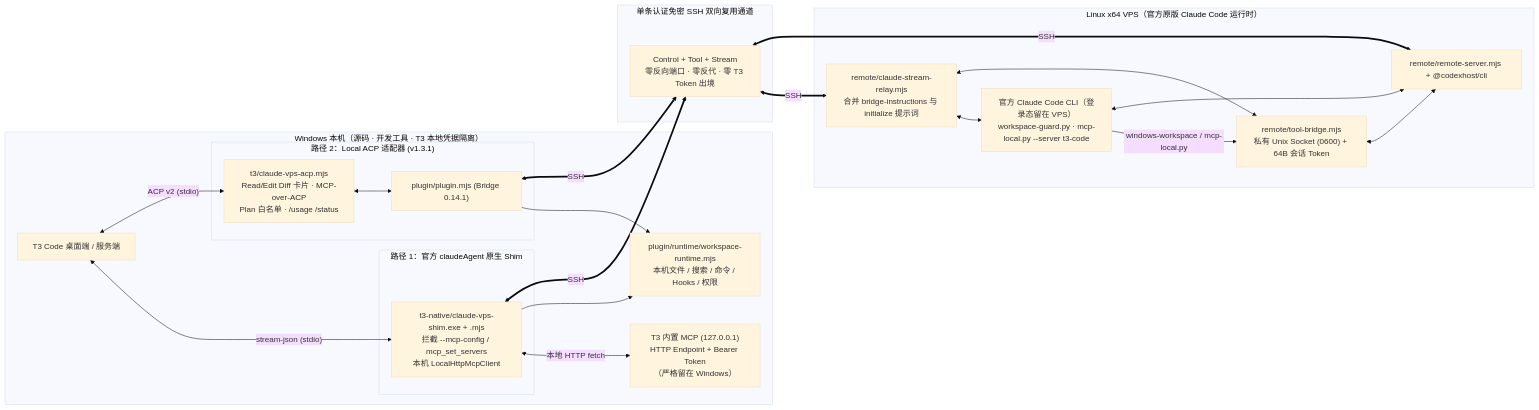
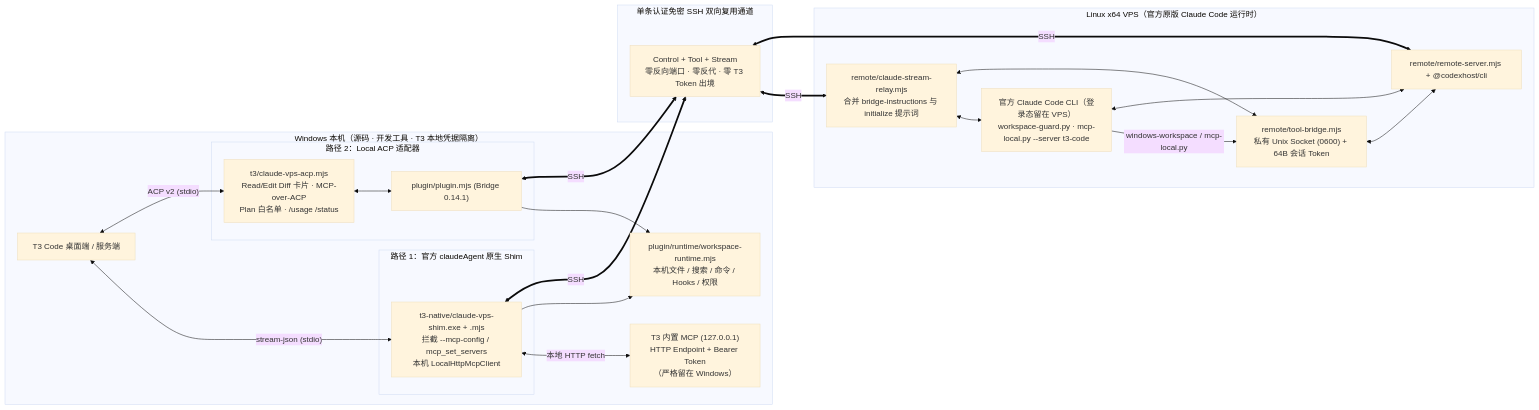
One commit to Barometer-2002/claude-vps-bridge changed the diagram in docs/T3CODE.md. Above: the diagram before and after it, drawn with Mermaid (base theme). The commit also changed other lines of this file and 17 other files, not shown here.

````diff
--- a/docs/T3CODE.md
+++ b/docs/T3CODE.md
@@ -32,47 +32,47 @@
 ```mermaid
 flowchart LR
     subgraph WIN["Windows 本机（源码 · 开发工具 · T3 本地凭据隔离）"]
         T3["T3 Code 桌面端 / 服务端"]
         T3MCP["T3 内置 MCP (127.0.0.1)<br/>HTTP Endpoint + Bearer Token<br/>（严格留在 Windows）"]
 
         subgraph NATIVE["路径 1：官方 claudeAgent 原生 Shim"]
             SHIM["t3-native/claude-vps-shim.exe + .mjs<br/>拦截 --mcp-config / mcp_set_servers<br/>本机 LocalHttpMcpClient"]
         end
 
-        subgraph ACP["路径 2：Local ACP 适配器 (v1.3.1)"]
+        subgraph ACP["路径 2：Local ACP 适配器"]
             ACPA["t3/claude-vps-acp.mjs<br/>Read/Edit Diff 卡片 · MCP-over-ACP<br/>Plan 白名单 · /usage /status"]
             PLUG["plugin/plugin.mjs (Bridge 0.14.1)"]
             ACPA <--> PLUG
         end
 
         WR["plugin/runtime/workspace-runtime.mjs<br/>本机文件 / 搜索 / 命令 / Hooks / 权限"]
 
         T3 <-->|"stream-json (stdio)"| SHIM
         T3 <-->|"ACP v2 (stdio)"| ACPA
         SHIM <-->|"本地 HTTP fetch"| T3MCP
         SHIM --> WR
         PLUG --> WR
     end
 
     subgraph SSH["单条认证免密 SSH 双向复用通道"]
         TUN["Control + Tool + Stream<br/>零反向端口 · 零反代 · 零 T3 Token 出境"]
     end
 
     subgraph VPS["Linux x64 VPS（官方原版 Claude Code 运行时）"]
         RELAY["remote/claude-stream-relay.mjs<br/>合并 bridge-instructions 与 initialize 提示词"]
         RS["remote/remote-server.mjs + @codexhost/cli"]
         TB["remote/tool-bridge.mjs<br/>私有 Unix Socket (0600) + 64B 会话 Token"]
         CC["官方 Claude Code CLI（登录态留在 VPS）<br/>workspace-guard.py · mcp-local.py --server t3-code"]
 
         RELAY <--> CC
         RS <--> CC
         CC -->|"windows-workspace / mcp-local.py"| TB
         TB <--> RELAY
         TB <--> RS
     end
 
     SHIM <==>|"SSH"| TUN
     PLUG <==>|"SSH"| TUN
     TUN <==>|"SSH"| RELAY
     TUN <==>|"SSH"| RS
 ```
````
